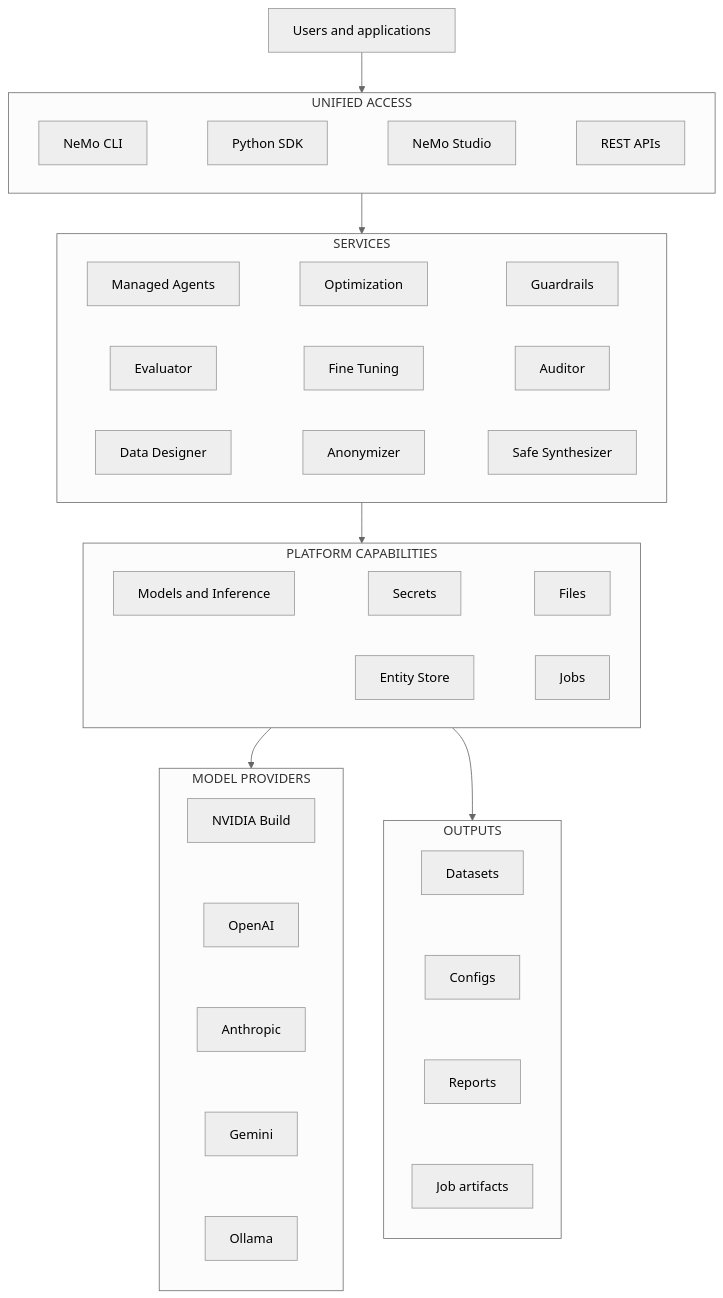
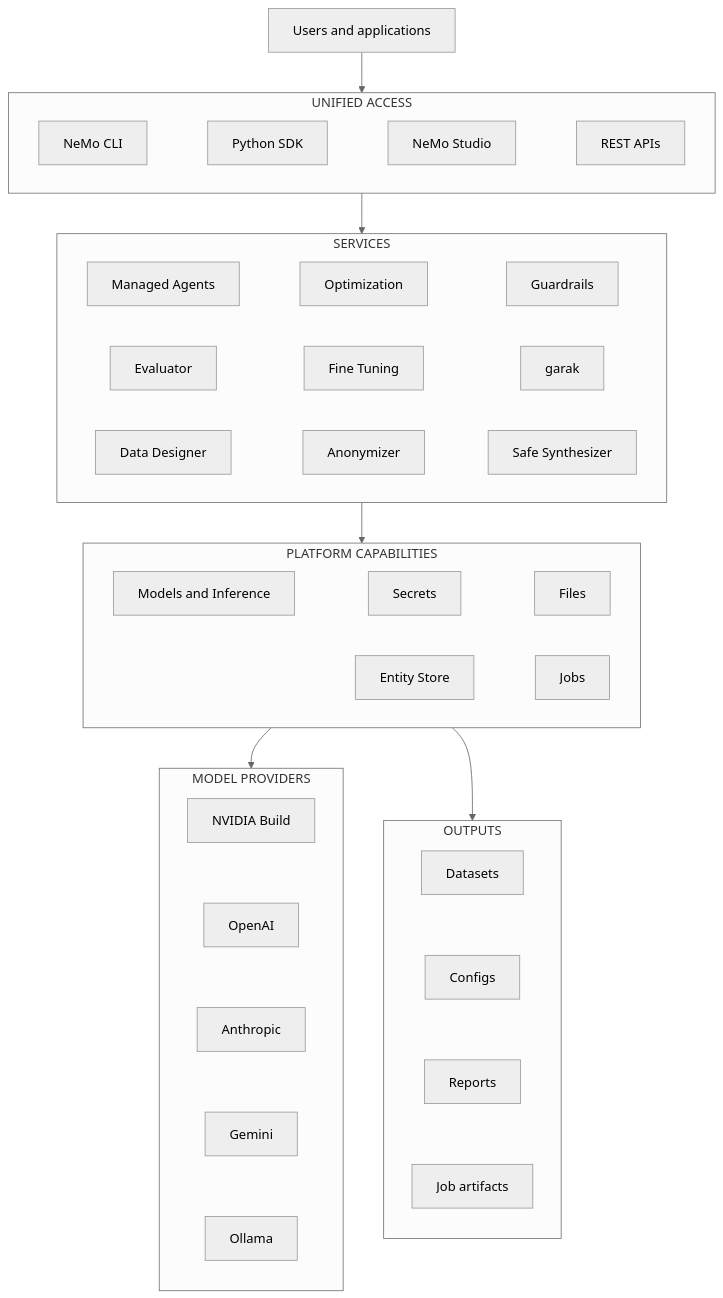
The diagram in docs/index.mdx (NVIDIA-NeMo/nemo-helix), drawn with Mermaid (neutral theme) before and after one commit. The commit also changed other lines of this file and 276 other files, not shown here.

First line of the commit message:
chore(auditor): rename auditor plugin to garak plugin (#2692)

````diff
--- a/docs/index.mdx
+++ b/docs/index.mdx
@@ -36,65 +36,65 @@
 ```mermaid
 flowchart TB
     Users["Users and applications"]
 
     subgraph AccessTier["UNIFIED ACCESS"]
         direction LR
         CLI["NeMo CLI"]
         SDK["Python SDK"]
         Studio["NeMo Studio"]
         REST["REST APIs"]
         CLI ~~~ SDK ~~~ Studio ~~~ REST
     end
 
     subgraph CapabilityTier["SERVICES"]
         direction LR
         Agents["Managed Agents"]
         Optimization["Optimization"]
         Guardrails["Guardrails"]
         Evaluator["Evaluator"]
         FineTuning["Fine Tuning"]
-        Auditor["Auditor"]
+        garak["garak"]
         DataDesigner["Data Designer"]
         Anonymizer["Anonymizer"]
         SafeSynthesizer["Safe Synthesizer"]
         Agents ~~~ Optimization ~~~ Guardrails
-        Evaluator ~~~ FineTuning ~~~ Auditor
+        Evaluator ~~~ FineTuning ~~~ garak
         DataDesigner ~~~ Anonymizer ~~~ SafeSynthesizer
     end
 
     subgraph SharedTier["PLATFORM CAPABILITIES"]
         direction LR
         IGW["Models and Inference"]
         Secrets["Secrets"]
         Files["Files"]
         Entities["Entity Store"]
         Jobs["Jobs"]
         IGW ~~~ Secrets ~~~ Files
         Entities ~~~ Jobs
     end
 
     subgraph ProviderTier["MODEL PROVIDERS"]
         direction TB
         NVIDIABuild["NVIDIA Build"]
         OpenAI["OpenAI"]
         Anthropic["Anthropic"]
         Gemini["Gemini"]
         Ollama["Ollama"]
         NVIDIABuild ~~~ OpenAI ~~~ Anthropic ~~~ Gemini ~~~ Ollama
     end
 
     subgraph OutputTier["OUTPUTS"]
         direction TB
         Datasets["Datasets"]
         Configs["Configs"]
         Reports["Reports"]
         JobArtifacts["Job artifacts"]
         Datasets ~~~ Configs ~~~ Reports ~~~ JobArtifacts
     end
 
     Users --> AccessTier
     AccessTier --> CapabilityTier
     CapabilityTier --> SharedTier
     SharedTier --> ProviderTier
     SharedTier --> OutputTier
 ```
````
